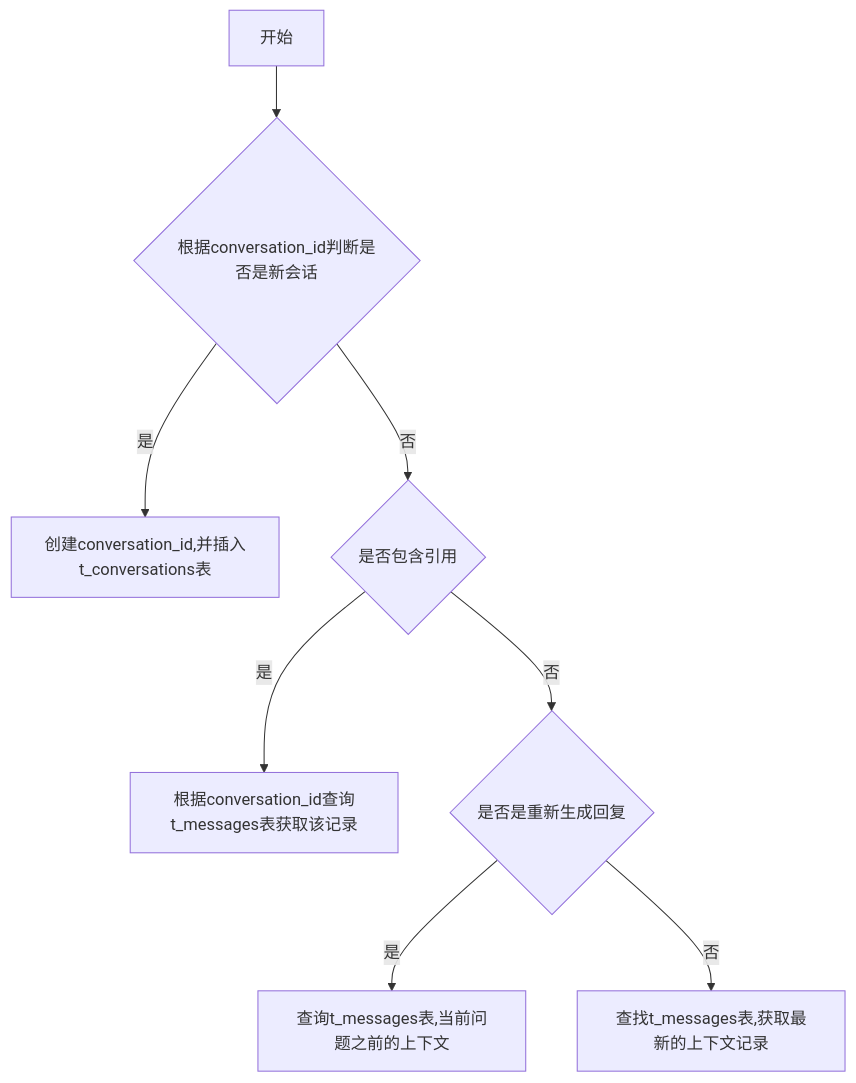
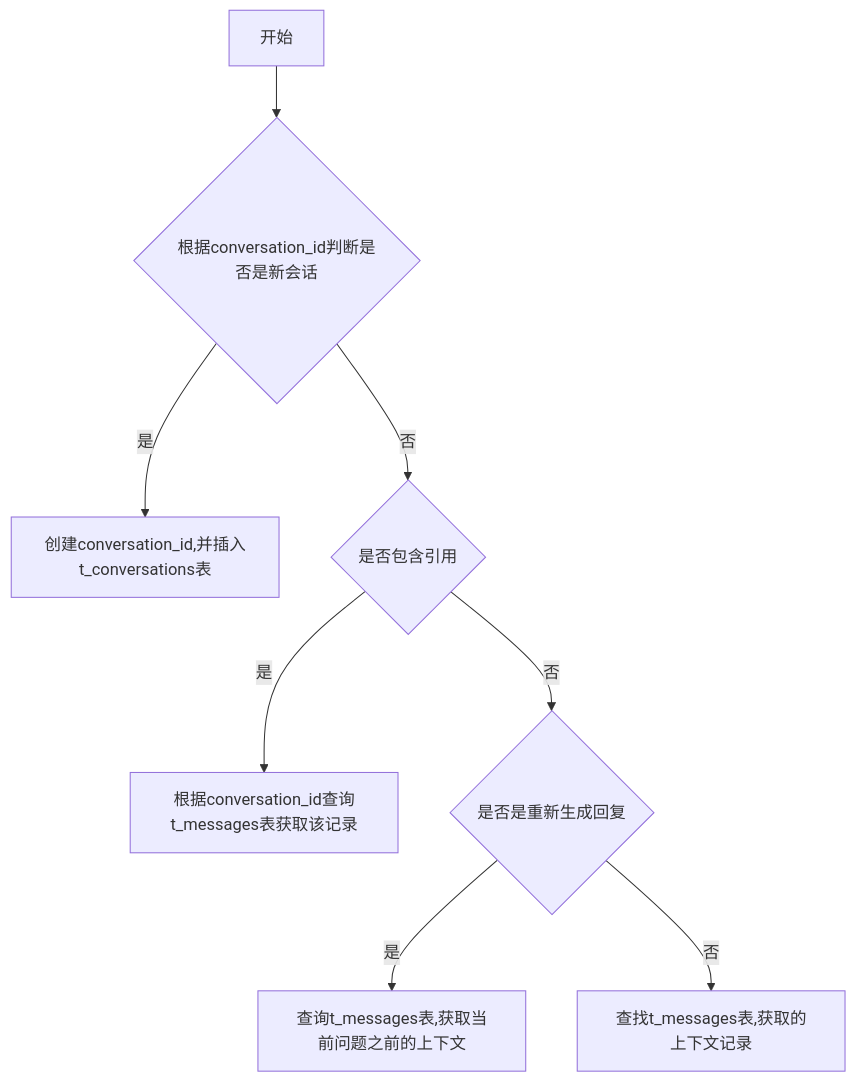
One commit to yingjianzh/iodraw-files changed the diagram in all/未命名-7.md. Above: the diagram before and after it, drawn with Mermaid.

Commit message:
2024-10-12 14:24:09 update

````diff
--- a/all/未命名-7.md
+++ b/all/未命名-7.md
@@ -1,12 +1,12 @@
 ```mermaid
 flowchart TD
     A[开始] --> B{根据conversation_id判断是否是新会话}
     B -- 是 --> C[创建conversation_id,并插入t_conversations表]
     B -- 否 --> D{是否包含引用}
     D -- 是 --> E[根据conversation_id查询t_messages表获取该记录]
     D -- 否 --> F{是否是重新生成回复}
-    F -- 是 --> G[查询t_messages表,当前问题之前的上下文]
-    F -- 否 --> H[查找t_messages表,获取最新的上下文记录]
+    F -- 是 --> G[查询t_messages表,获取当前问题之前的上下文]
+    F -- 否 --> H[查找t_messages表,获取的上下文记录]
 
 
 ```
````
